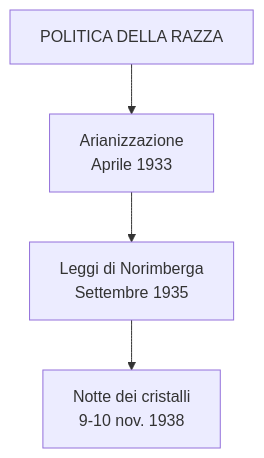
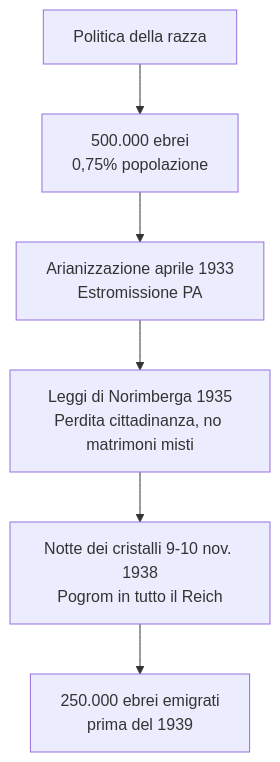
The third of 6 diagrams in storia/materiale/studio/capitolo_3.11_studio_riassunto.md (riccardo-algorime/appunti-5Bsa), drawn with Mermaid before and after one commit. The commit also changed other lines of this file and 5 other files, not shown here.

````diff
--- a/storia/materiale/studio/capitolo_3.11_studio_riassunto.md
+++ b/storia/materiale/studio/capitolo_3.11_studio_riassunto.md
@@ -129,6 +103,8 @@
 ```mermaid
 flowchart TD
-    A[POLITICA DELLA RAZZA] --> B[Arianizzazione<br/>Aprile 1933]
-    B --> C[Leggi di Norimberga<br/>Settembre 1935]
-    C --> D[Notte dei cristalli<br/>9-10 nov. 1938]
+    A[Politica della razza] --> B[500.000 ebrei<br/>0,75% popolazione]
+    B --> C[Arianizzazione aprile 1933<br/>Estromissione PA]
+    C --> D[Leggi di Norimberga 1935<br/>Perdita cittadinanza, no matrimoni misti]
+    D --> E[Notte dei cristalli 9-10 nov. 1938<br/>Pogrom in tutto il Reich]
+    E --> F[250.000 ebrei emigrati<br/>prima del 1939]
 ```
````
